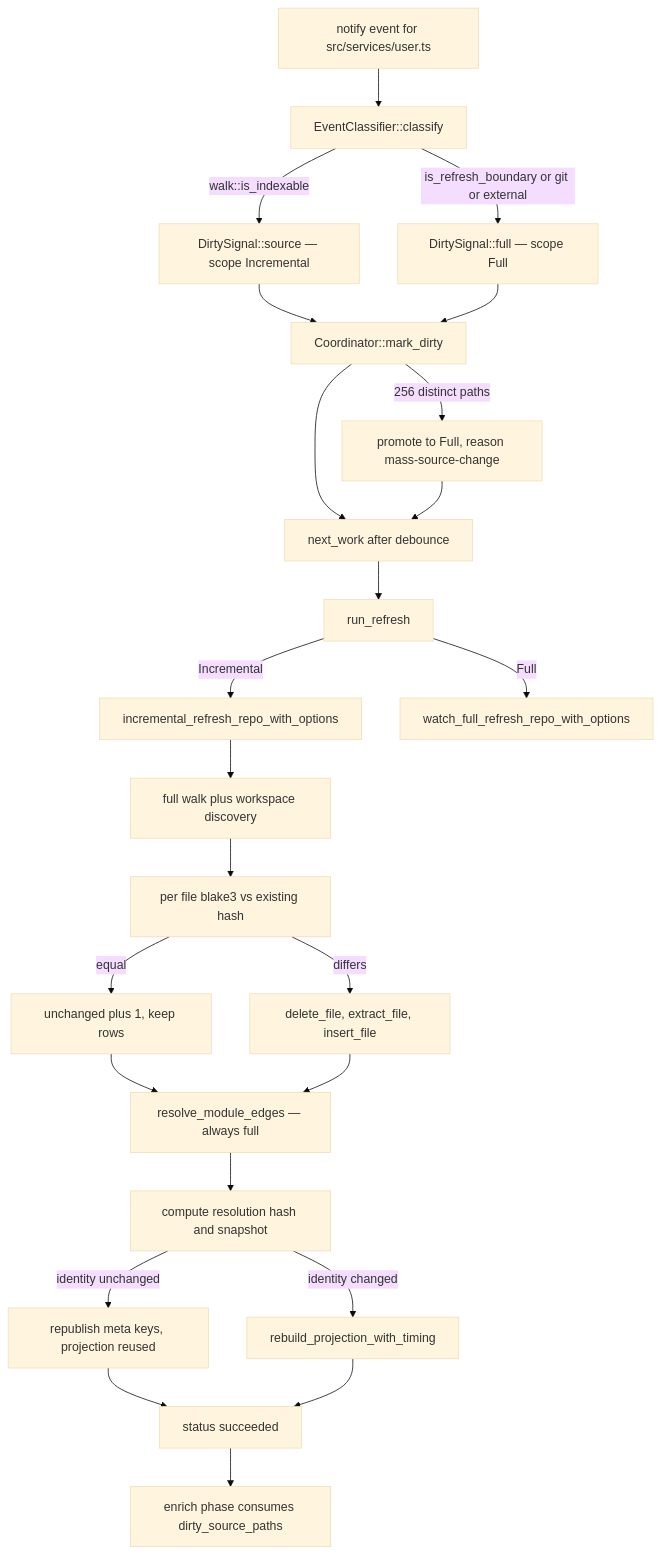
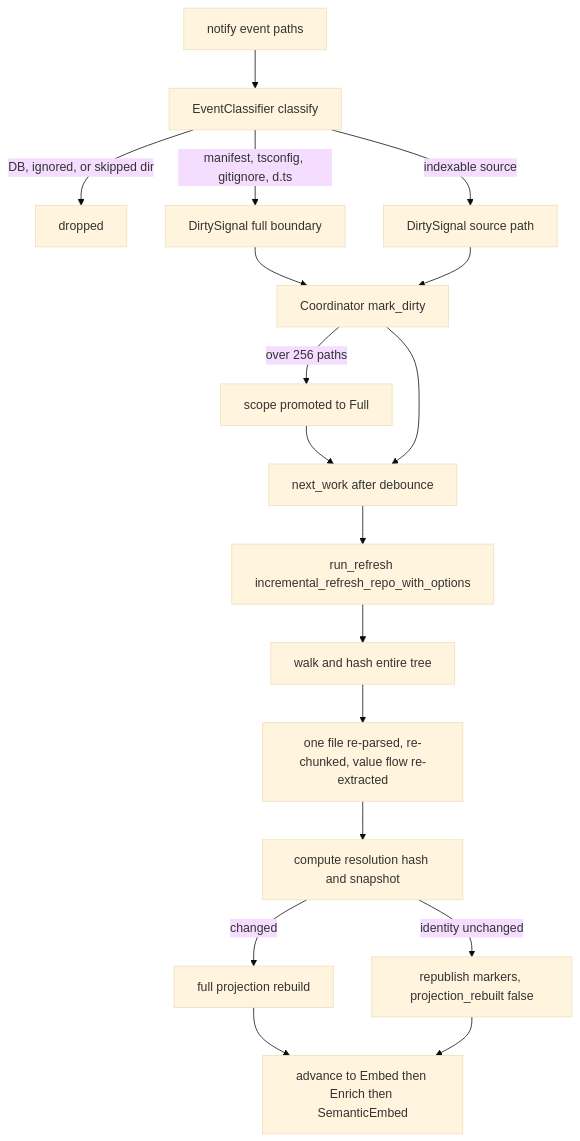
Before and after one commit to iantocristian/jscout: the third of 3 diagrams in docs/codebase-analysis/17-end-to-end-traces.md, drawn with Mermaid (base theme). The commit also changed other lines of this file and 33 other files, not shown here.

````diff
--- a/docs/codebase-analysis/17-end-to-end-traces.md
+++ b/docs/codebase-analysis/17-end-to-end-traces.md
@@ -126,26 +172,20 @@
 ```mermaid
 flowchart TD
-    EV["notify event for src/services/user.ts"] --> CL["EventClassifier::classify"]
-    CL -->|"is_refresh_boundary or git or external"| FULL["DirtySignal::full — scope Full"]
-    CL -->|"walk::is_indexable"| SRC["DirtySignal::source — scope Incremental"]
-    SRC --> MD["Coordinator::mark_dirty"]
-    FULL --> MD
-    MD -->|"256 distinct paths"| PROMO["promote to Full, reason mass-source-change"]
-    MD --> NW["next_work after debounce"]
-    PROMO --> NW
-    NW --> RR["run_refresh"]
-    RR -->|"Incremental"| INC["incremental_refresh_repo_with_options"]
-    RR -->|"Full"| FR["watch_full_refresh_repo_with_options"]
-    INC --> WALK["full walk plus workspace discovery"]
-    WALK --> HASH["per file blake3 vs existing hash"]
-    HASH -->|"equal"| REUSE["unchanged plus 1, keep rows"]
-    HASH -->|"differs"| REDO["delete_file, extract_file, insert_file"]
-    REUSE --> RES["resolve_module_edges — always full"]
-    REDO --> RES
-    RES --> ID["compute resolution hash and snapshot"]
-    ID -->|"identity unchanged"| REPUB["republish meta keys, projection reused"]
-    ID -->|"identity changed"| REBUILD["rebuild_projection_with_timing"]
-    REPUB --> DONE["status succeeded"]
-    REBUILD --> DONE
-    DONE --> ENR["enrich phase consumes dirty_source_paths"]
+    EV["notify event paths"] --> CL["EventClassifier classify"]
+    CL -->|"DB, ignored, or skipped dir"| DROP["dropped"]
+    CL -->|"manifest, tsconfig, gitignore, d.ts"| FULL["DirtySignal full boundary"]
+    CL -->|"indexable source"| SRC["DirtySignal source path"]
+    FULL --> MD["Coordinator mark_dirty"]
+    SRC --> MD
+    MD -->|"over 256 paths"| PROMOTE["scope promoted to Full"]
+    PROMOTE --> NW["next_work after debounce"]
+    MD --> NW
+    NW --> RF["run_refresh incremental_refresh_repo_with_options"]
+    RF --> HASH["walk and hash entire tree"]
+    HASH --> ONE["one file re-parsed, re-chunked, value flow re-extracted"]
+    ONE --> SNAP["compute resolution hash and snapshot"]
+    SNAP -->|"identity unchanged"| REUSE["republish markers, projection_rebuilt false"]
+    SNAP -->|"changed"| PROJ["full projection rebuild"]
+    PROJ --> ADV["advance to Embed then Enrich then SemanticEmbed"]
+    REUSE --> ADV
 ```
````
